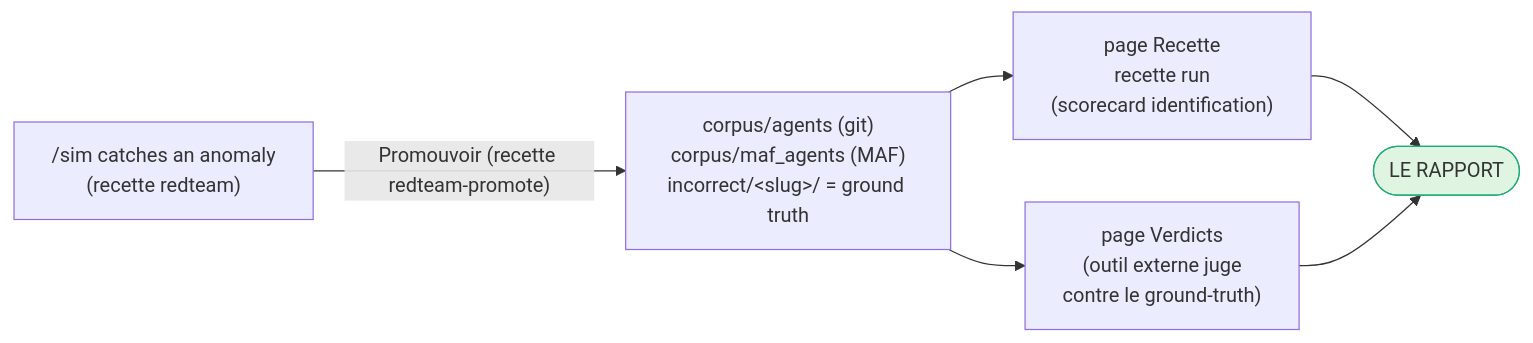
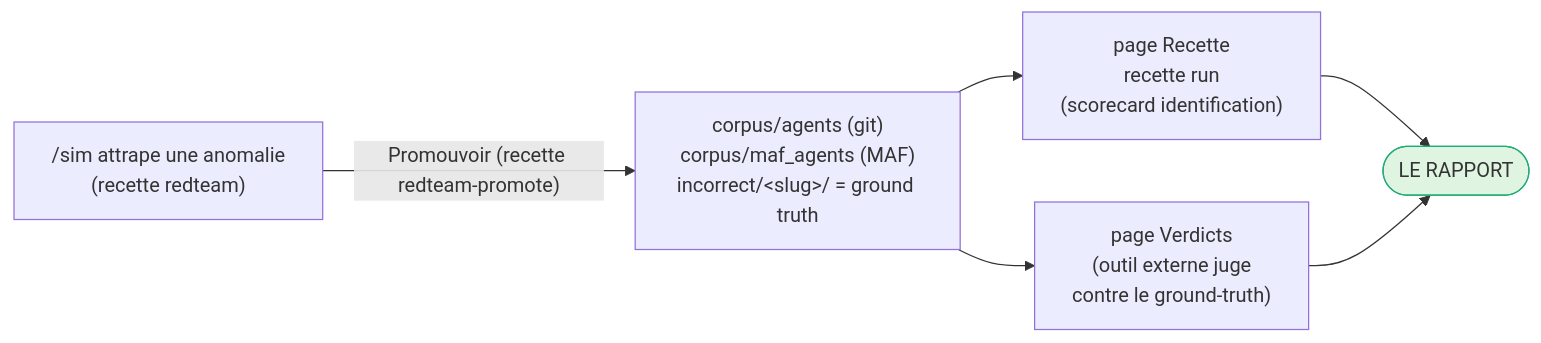
One commit to mo0ogly/recette_IA_agents changed the second of 2 diagrams in docs/runbooks/redteam-recette.md. Above: the diagram before and after it, drawn with Mermaid. The commit also changed other lines of this file and 25 other files, not shown here.

````diff
--- a/docs/runbooks/redteam-recette.md
+++ b/docs/runbooks/redteam-recette.md
@@ -322,10 +331,10 @@
 ```mermaid
 flowchart LR
-    SIM["/sim catches an anomaly<br/>(recette redteam)"] -->|"Promouvoir (recette redteam-promote)"| CORP
+    SIM["/sim attrape une anomalie<br/>(recette redteam)"] -->|"Promouvoir (recette redteam-promote)"| CORP
     CORP["corpus/agents (git)<br/>corpus/maf_agents (MAF)<br/>incorrect/&lt;slug&gt;/ = ground truth"] --> REC
     REC["page Recette<br/>recette run<br/>(scorecard identification)"] --> REP(["LE RAPPORT"])
     CORP --> VER["page Verdicts<br/>(outil externe juge<br/>contre le ground-truth)"]
     VER --> REP
     classDef report fill:#dff5e1,stroke:#22aa77;
     class REP report;
 ```
````
